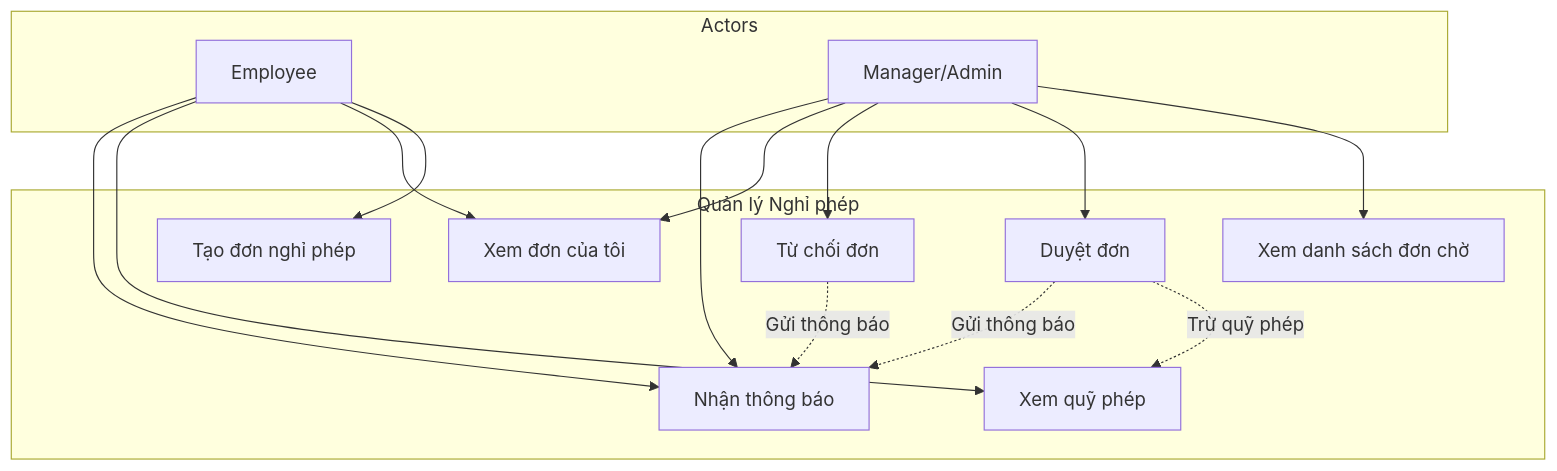
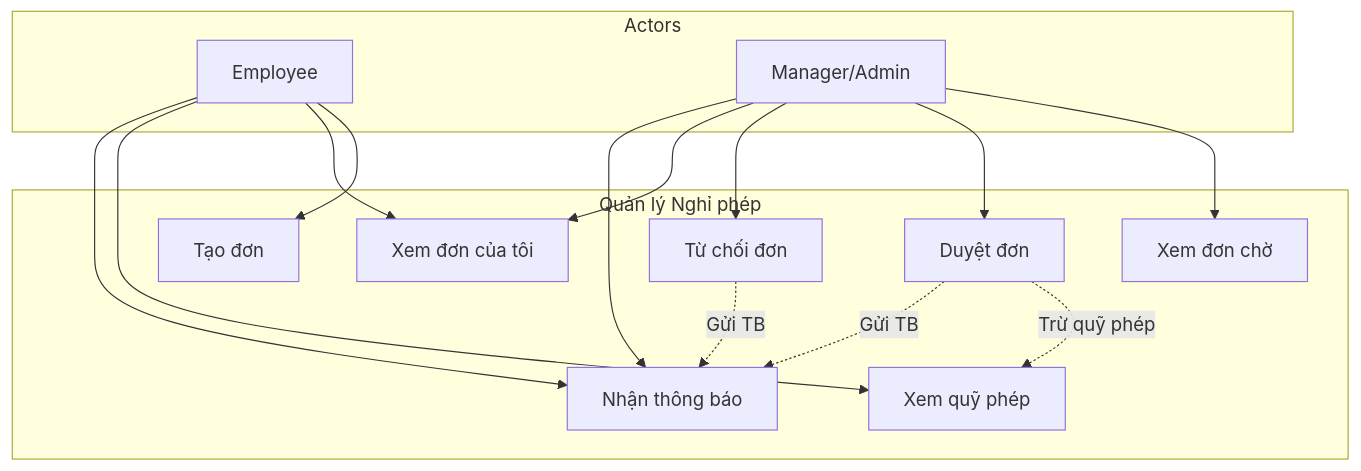
Before and after one commit to nghiaxh/hr-management: the second of 8 diagrams in docs/SRS.md, drawn with Mermaid. The commit also changed other lines of this file and 8 other files, not shown here.

````diff
--- a/docs/SRS.md
+++ b/docs/SRS.md
@@ -531,32 +715,21 @@
 ```mermaid
 graph TB
     subgraph Actors
-        E[Employee]
-        M[Manager/Admin]
+        EE[Employee]
+        MM[Manager/Admin]
     end
-
     subgraph "Quản lý Nghỉ phép"
-        UC1[Tạo đơn nghỉ phép]
-        UC2[Xem đơn của tôi]
-        UC3[Xem danh sách đơn chờ]
-        UC4[Duyệt đơn]
-        UC5[Từ chối đơn]
-        UC6[Xem quỹ phép]
-        UC7[Nhận thông báo]
+        UCA[Tạo đơn]
+        UCB[Xem đơn của tôi]
+        UCC[Xem đơn chờ]
+        UCD[Duyệt đơn]
+        UCE[Từ chối đơn]
+        UCF[Xem quỹ phép]
+        UCG[Nhận thông báo]
     end
-
-    E --> UC1
-    E --> UC2
-    E --> UC6
-    E --> UC7
-
-    M --> UC3
-    M --> UC4
-    M --> UC5
-    M --> UC2
-    M --> UC7
-
-    UC4 -.->|Trừ quỹ phép| UC6
-    UC4 -.->|Gửi thông báo| UC7
-    UC5 -.->|Gửi thông báo| UC7
+    EE --> UCA & UCB & UCF & UCG
+    MM --> UCC & UCD & UCE & UCB & UCG
+    UCD -.->|Trừ quỹ phép| UCF
+    UCD -.->|Gửi TB| UCG
+    UCE -.->|Gửi TB| UCG
 ```
````
